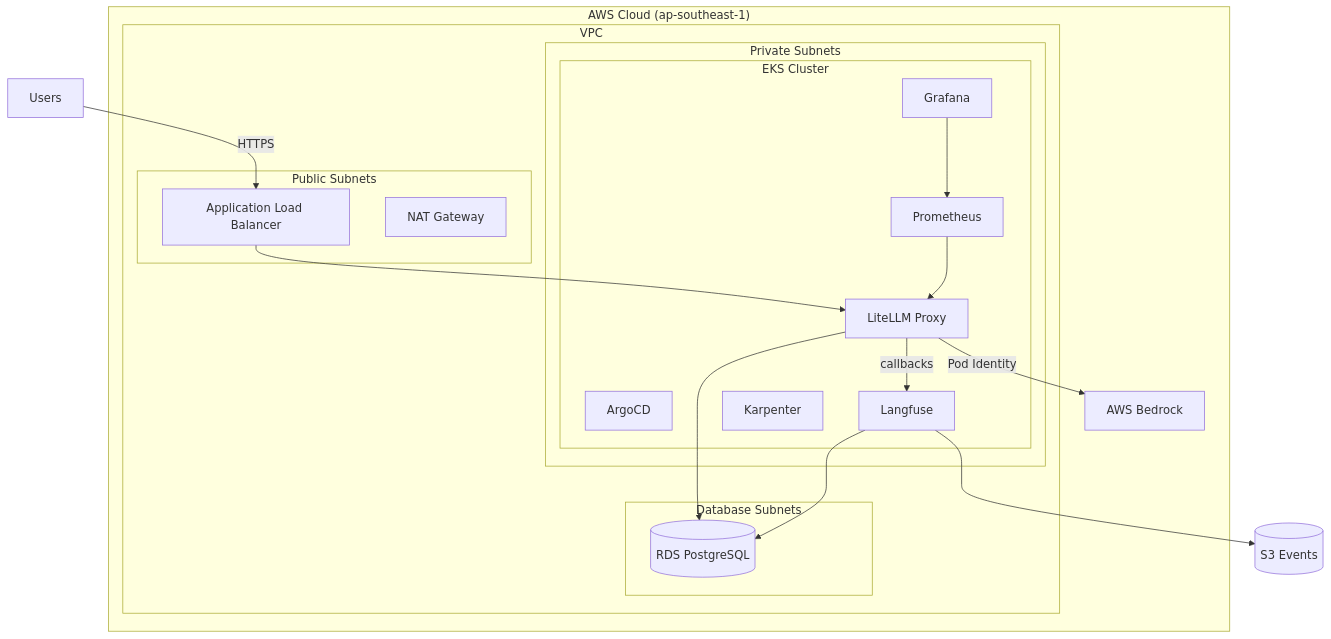
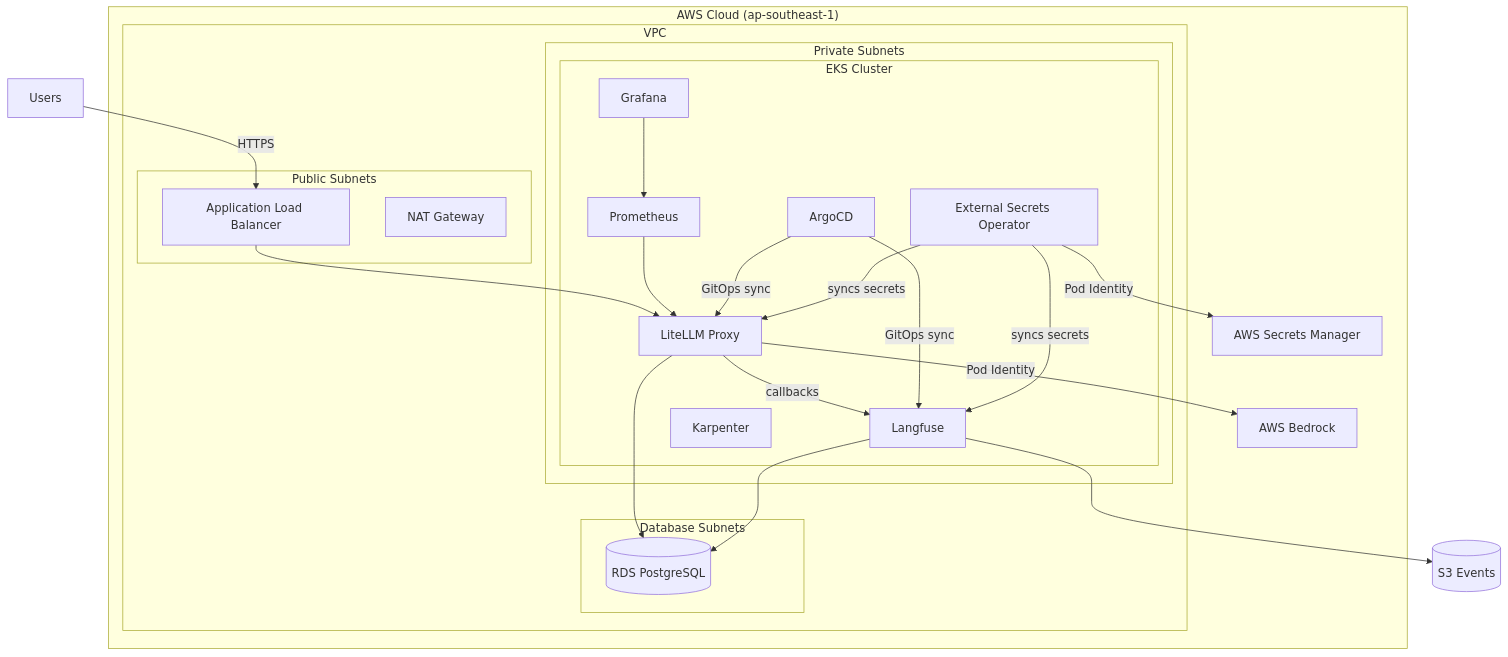
The diagram in README.md (mdnfr0211/llm-gateway), drawn with Mermaid before and after one commit. The commit also changed other lines of this file and 9 other files, not shown here.

````diff
--- a/README.md
+++ b/README.md
@@ -7,35 +7,42 @@
 ```mermaid
 graph TB
     subgraph "AWS Cloud (ap-southeast-1)"
         subgraph "VPC"
             subgraph "Public Subnets"
                 ALB[Application Load Balancer]
                 NAT[NAT Gateway]
             end
             subgraph "Private Subnets"
                 subgraph "EKS Cluster"
                     LiteLLM[LiteLLM Proxy]
                     ArgoCD[ArgoCD]
+                    ESO[External Secrets Operator]
                     Langfuse[Langfuse]
                     Prometheus[Prometheus]
                     Grafana[Grafana]
                     Karpenter[Karpenter]
                 end
             end
             subgraph "Database Subnets"
                 RDS[(RDS PostgreSQL)]
             end
         end
         Bedrock[AWS Bedrock]
+        SecretsManager[AWS Secrets Manager]
     end
 
     Users -->|HTTPS| ALB
     ALB --> LiteLLM
     LiteLLM -->|Pod Identity| Bedrock
     LiteLLM --> RDS
     LiteLLM -->|callbacks| Langfuse
     Langfuse --> RDS
     Langfuse --> S3[(S3 Events)]
     Prometheus --> LiteLLM
     Grafana --> Prometheus
+    ArgoCD -->|GitOps sync| LiteLLM
+    ArgoCD -->|GitOps sync| Langfuse
+    ESO -->|Pod Identity| SecretsManager
+    ESO -->|syncs secrets| LiteLLM
+    ESO -->|syncs secrets| Langfuse
 ```
````
